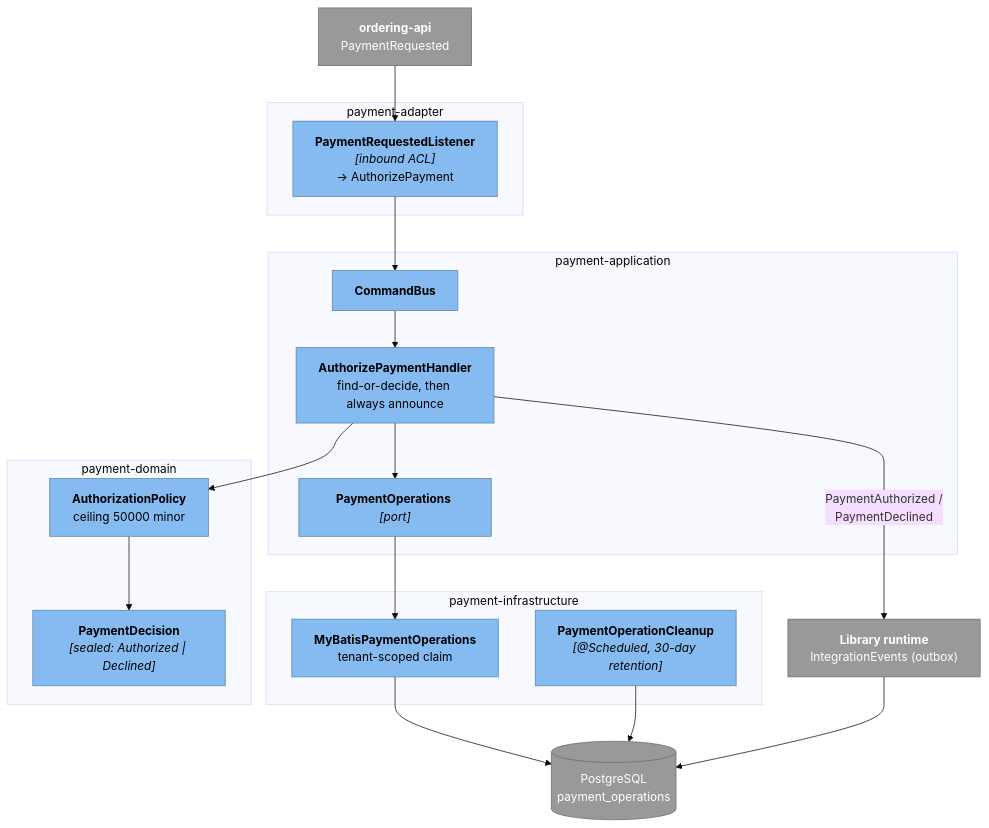
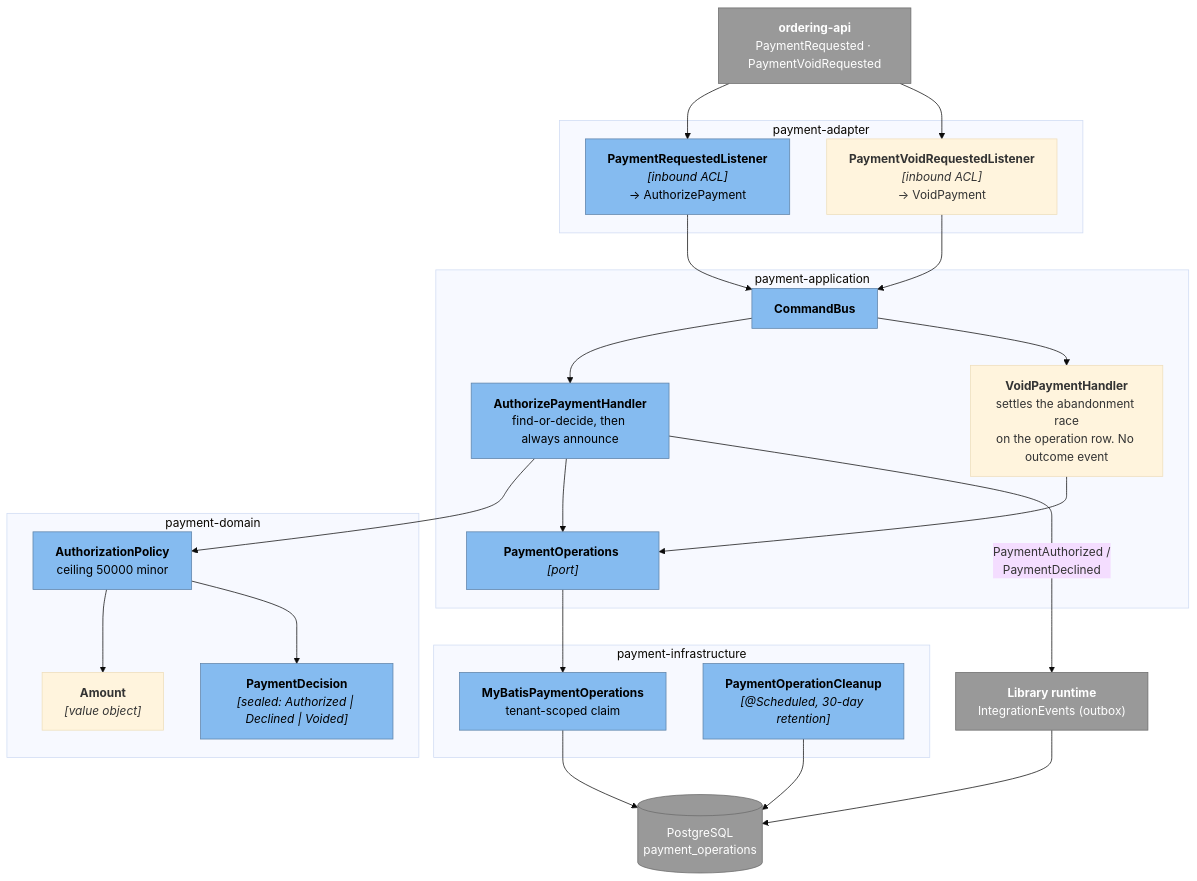
The sixth of 6 diagrams in aipersimmon-ddd-scaffold/multi-module/docs/c4.md (ryan-alexander-zhang/ai-native-project-template), drawn with Mermaid (base theme) before and after one commit. The commit also changed other lines of this file and 5 other files, not shown here.

````diff
--- a/aipersimmon-ddd-scaffold/multi-module/docs/c4.md
+++ b/aipersimmon-ddd-scaffold/multi-module/docs/c4.md
@@ -371,39 +372,47 @@
 ```mermaid
 flowchart TB
     subgraph adapter["payment-adapter"]
         pl["<b>PaymentRequestedListener</b><br/><i>[inbound ACL]</i><br/>→ AuthorizePayment"]
+        pvl["<b>PaymentVoidRequestedListener</b><br/><i>[inbound ACL]</i><br/>→ VoidPayment"]
     end
     subgraph appl["payment-application"]
         buses["<b>CommandBus</b>"]
         aph["<b>AuthorizePaymentHandler</b><br/>find-or-decide, then always announce"]
+        vph["<b>VoidPaymentHandler</b><br/>settles the abandonment race<br/>on the operation row. No outcome event"]
         pops["<b>PaymentOperations</b> <i>[port]</i>"]
     end
     subgraph domain["payment-domain"]
         pol["<b>AuthorizationPolicy</b><br/>ceiling 50000 minor"]
-        dec["<b>PaymentDecision</b><br/><i>[sealed: Authorized | Declined]</i>"]
+        dec["<b>PaymentDecision</b><br/><i>[sealed: Authorized | Declined | Voided]</i>"]
+        amt["<b>Amount</b><br/><i>[value object]</i>"]
     end
     subgraph infra["payment-infrastructure"]
         mpo["<b>MyBatisPaymentOperations</b><br/>tenant-scoped claim"]
         clean["<b>PaymentOperationCleanup</b><br/><i>[@Scheduled, 30-day retention]</i>"]
     end
-    ordapi["<b>ordering-api</b><br/>PaymentRequested"]
+    ordapi["<b>ordering-api</b><br/>PaymentRequested · PaymentVoidRequested"]
     lib["<b>Library runtime</b><br/>IntegrationEvents (outbox)"]
     db[("PostgreSQL<br/>payment_operations")]
 
     ordapi --> pl
+    ordapi --> pvl
     pl --> buses
+    pvl --> buses
     buses --> aph
+    buses --> vph
     aph --> pol
+    pol --> amt
     pol --> dec
+    vph --> pops
     aph --> pops
     pops --> mpo
     aph -->|"PaymentAuthorized /<br/>PaymentDeclined"| lib
     mpo --> db
     clean --> db
     lib --> db
 
     classDef comp fill:#85bbf0,stroke:#5d82a8,color:#000
     classDef ext fill:#999999,stroke:#6b6b6b,color:#fff
     class pl,buses,aph,pops,pol,dec,mpo,clean comp
     class ordapi,lib,db ext
 ```
````
